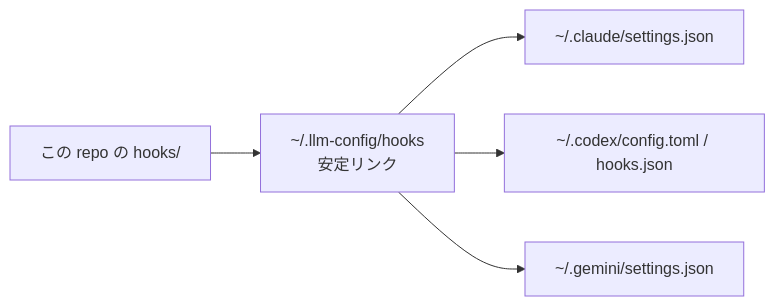
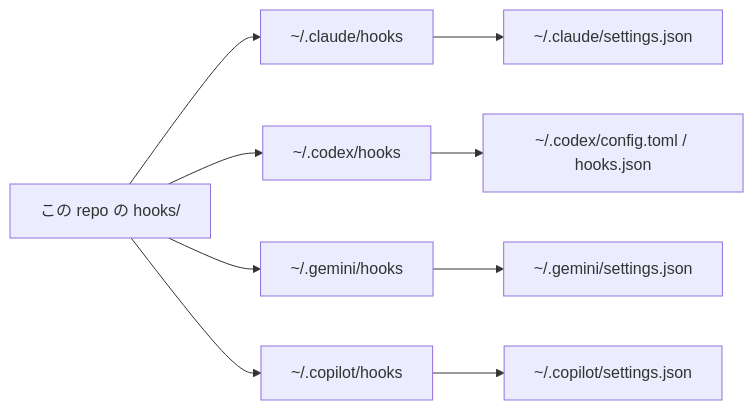
Before and after one commit to xoshayashi/ai-agent-config: the diagram in docs/hooks-architecture-review.md, drawn with Mermaid. The commit also changed other lines of this file and 33 other files, not shown here.

````diff
--- a/docs/hooks-architecture-review.md
+++ b/docs/hooks-architecture-review.md
@@ -27,7 +27,11 @@
 ```mermaid
 flowchart LR
-    Repo["この repo の hooks/"] --> Stable["~/.llm-config/hooks<br/>安定リンク"]
-    Stable --> Claude["~/.claude/settings.json"]
-    Stable --> Codex["~/.codex/config.toml / hooks.json"]
-    Stable --> Gemini["~/.gemini/settings.json"]
+    Repo["この repo の hooks/"] --> ClaudeHooks["~/.claude/hooks"]
+    Repo --> CodexHooks["~/.codex/hooks"]
+    Repo --> GeminiHooks["~/.gemini/hooks"]
+    Repo --> CopilotHooks["~/.copilot/hooks"]
+    ClaudeHooks --> Claude["~/.claude/settings.json"]
+    CodexHooks --> Codex["~/.codex/config.toml / hooks.json"]
+    GeminiHooks --> Gemini["~/.gemini/settings.json"]
+    CopilotHooks --> Copilot["~/.copilot/settings.json"]
 ```
````
